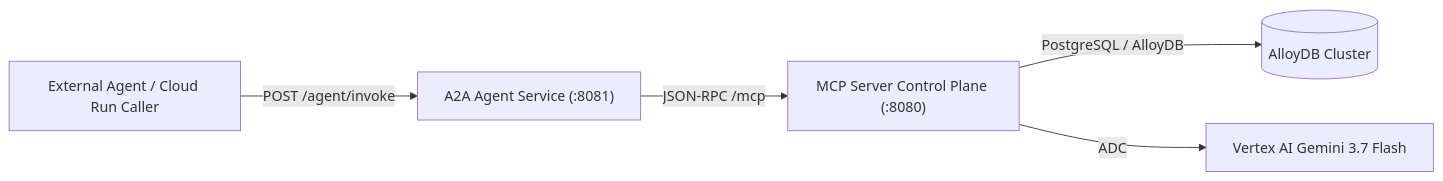
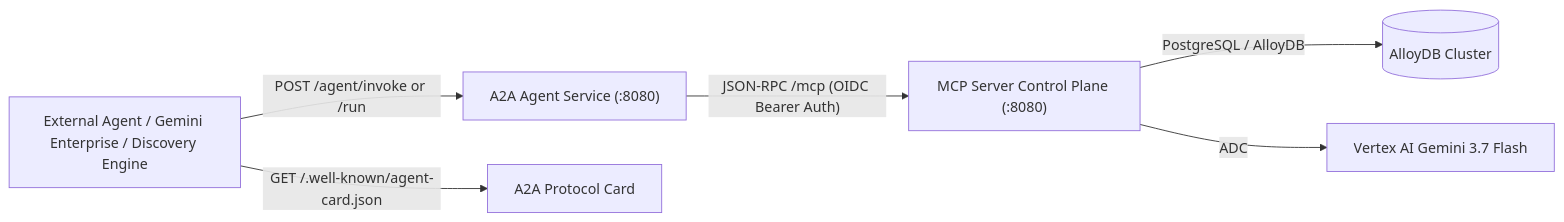
Before and after one commit to retail-cortex/ai-daily-brief: the diagram in docs/content/docs/a2a-agent.md, drawn with Mermaid. The commit also changed other lines of this file and 77 other files, not shown here.

Commit message:
feat(security): sanitize configurations, update ignore rules, and add Gemini Enterprise integration guide

````diff
--- a/docs/content/docs/a2a-agent.md
+++ b/docs/content/docs/a2a-agent.md
@@ -14,7 +14,8 @@
 ```mermaid
 flowchart LR
-    Caller["External Agent / Cloud Run Caller"] -->|"POST /agent/invoke"| A2A["A2A Agent Service (:8081)"]
-    A2A -->|"JSON-RPC /mcp"| MCP["MCP Server Control Plane (:8080)"]
+    Caller["External Agent / Gemini Enterprise / Discovery Engine"] -->|"POST /agent/invoke or /run"| A2A["A2A Agent Service (:8080)"]
+    Caller -->|"GET /.well-known/agent-card.json"| Card["A2A Protocol Card"]
+    A2A -->|"JSON-RPC /mcp (OIDC Bearer Auth)"| MCP["MCP Server Control Plane (:8080)"]
     MCP -->|"PostgreSQL / AlloyDB"| DB[("AlloyDB Cluster")]
     MCP -->|"ADC"| Gemini["Vertex AI Gemini 3.7 Flash"]
 ```
````
